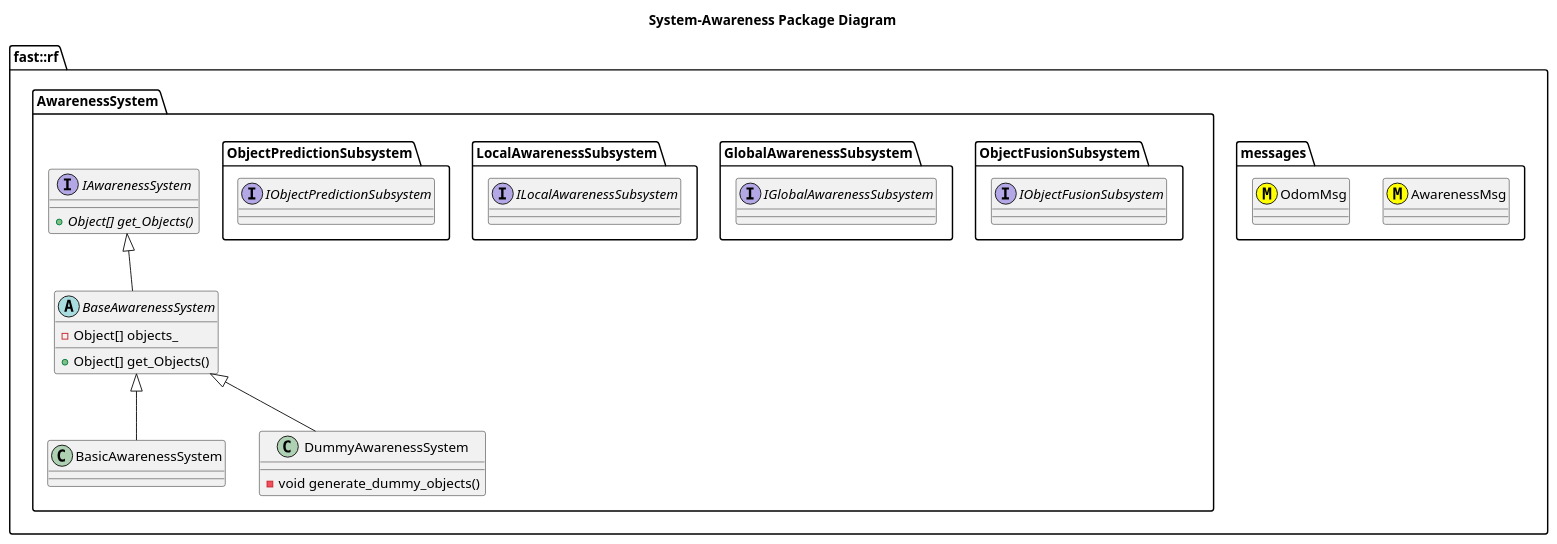
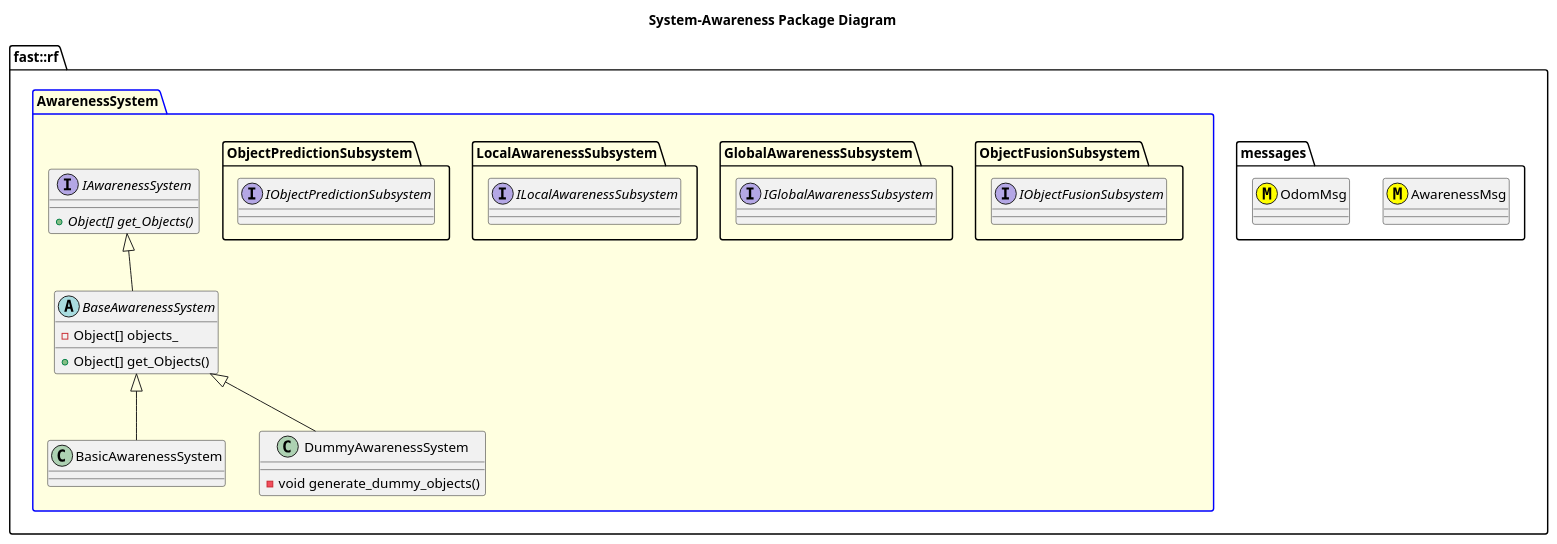
The diagram in Systems/Awareness/doc/puml/SystemAwarenessPackageDiagram.puml (fastrobotics/robot_framework), drawn with PlantUML before and after one commit. The commit also changed 64 other files, not shown here.

```diff
--- a/Systems/Awareness/doc/puml/SystemAwarenessPackageDiagram.puml
+++ b/Systems/Awareness/doc/puml/SystemAwarenessPackageDiagram.puml
@@ -1,44 +1,44 @@
 @startuml
 title System-Awareness Package Diagram
 
 namespace fast::rf {
   namespace messages {
     class AwarenessMsg <<(M,#FFFF00) >>
     class OdomMsg <<(M,#FFFF00) >>
   }
-  namespace AwarenessSystem {
+  package AwarenessSystem #LightYellow;line:blue {
     together {
       namespace ObjectFusionSubsystem {
         interface IObjectFusionSubsystem
 
       }
       namespace GlobalAwarenessSubsystem {
         interface IGlobalAwarenessSubsystem
       }
       namespace LocalAwarenessSubsystem {
         interface ILocalAwarenessSubsystem
       }
       namespace ObjectPredictionSubsystem {
         interface IObjectPredictionSubsystem
       }
     }
     interface IAwarenessSystem {
       +{abstract} Object[] get_Objects()
     }
     abstract BaseAwarenessSystem {
       +Object[] get_Objects()
       -Object[] objects_
     }
     IAwarenessSystem <|-- BaseAwarenessSystem
     class BasicAwarenessSystem {
 
     }
     BaseAwarenessSystem <|-- BasicAwarenessSystem
     class DummyAwarenessSystem {
       -void generate_dummy_objects()
 
     }
     BaseAwarenessSystem <|-- DummyAwarenessSystem
   }
 }
 @enduml
```
